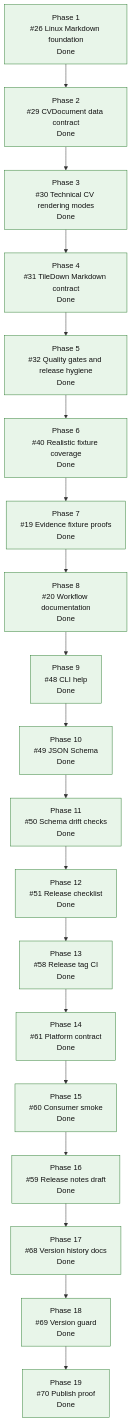
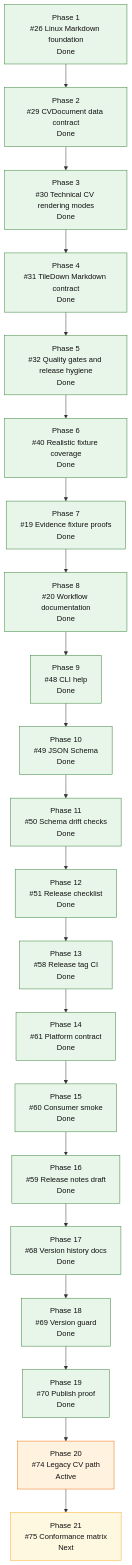
One commit to mihaelamj/cvbuilder changed the diagram in README.md. Above: the diagram before and after it, drawn with Mermaid. The commit also changed 11 other files, not shown here.

````diff
--- a/README.md
+++ b/README.md
@@ -169,36 +169,40 @@
 ```mermaid
 flowchart TD
     P1["Phase 1<br/>#26 Linux Markdown foundation<br/>Done"]
     P2["Phase 2<br/>#29 CVDocument data contract<br/>Done"]
     P3["Phase 3<br/>#30 Technical CV rendering modes<br/>Done"]
     P4["Phase 4<br/>#31 TileDown Markdown contract<br/>Done"]
     P5["Phase 5<br/>#32 Quality gates and release hygiene<br/>Done"]
     P6["Phase 6<br/>#40 Realistic fixture coverage<br/>Done"]
     P7["Phase 7<br/>#19 Evidence fixture proofs<br/>Done"]
     P8["Phase 8<br/>#20 Workflow documentation<br/>Done"]
     P9["Phase 9<br/>#48 CLI help<br/>Done"]
     P10["Phase 10<br/>#49 JSON Schema<br/>Done"]
     P11["Phase 11<br/>#50 Schema drift checks<br/>Done"]
     P12["Phase 12<br/>#51 Release checklist<br/>Done"]
     P13["Phase 13<br/>#58 Release tag CI<br/>Done"]
     P14["Phase 14<br/>#61 Platform contract<br/>Done"]
     P15["Phase 15<br/>#60 Consumer smoke<br/>Done"]
     P16["Phase 16<br/>#59 Release notes draft<br/>Done"]
     P17["Phase 17<br/>#68 Version history docs<br/>Done"]
     P18["Phase 18<br/>#69 Version guard<br/>Done"]
     P19["Phase 19<br/>#70 Publish proof<br/>Done"]
+    P20["Phase 20<br/>#74 Legacy CV path<br/>Active"]
+    P21["Phase 21<br/>#75 Conformance matrix<br/>Next"]
 
-    P1 --> P2 --> P3 --> P4 --> P5 --> P6 --> P7 --> P8 --> P9 --> P10 --> P11 --> P12 --> P13 --> P14 --> P15 --> P16 --> P17 --> P18 --> P19
+    P1 --> P2 --> P3 --> P4 --> P5 --> P6 --> P7 --> P8 --> P9 --> P10 --> P11 --> P12 --> P13 --> P14 --> P15 --> P16 --> P17 --> P18 --> P19 --> P20 --> P21
 
     classDef done fill:#e8f5e9,stroke:#2e7d32,color:#111;
     classDef active fill:#fff3e0,stroke:#ef6c00,color:#111;
     classDef review fill:#e8f0fe,stroke:#1a73e8,color:#111;
     classDef next fill:#fff8e1,stroke:#f9a825,color:#111;
     classDef partial fill:#e0f7fa,stroke:#00838f,color:#111;
     classDef todo fill:#eef3ff,stroke:#3367d6,color:#111;
     class P1,P2,P3,P4 done;
     class P5,P6,P7,P8,P9,P10,P11,P12,P13,P14,P15,P16 done;
     class P17 done;
     class P18 done;
     class P19 done;
+    class P20 active;
+    class P21 next;
 ```
````
